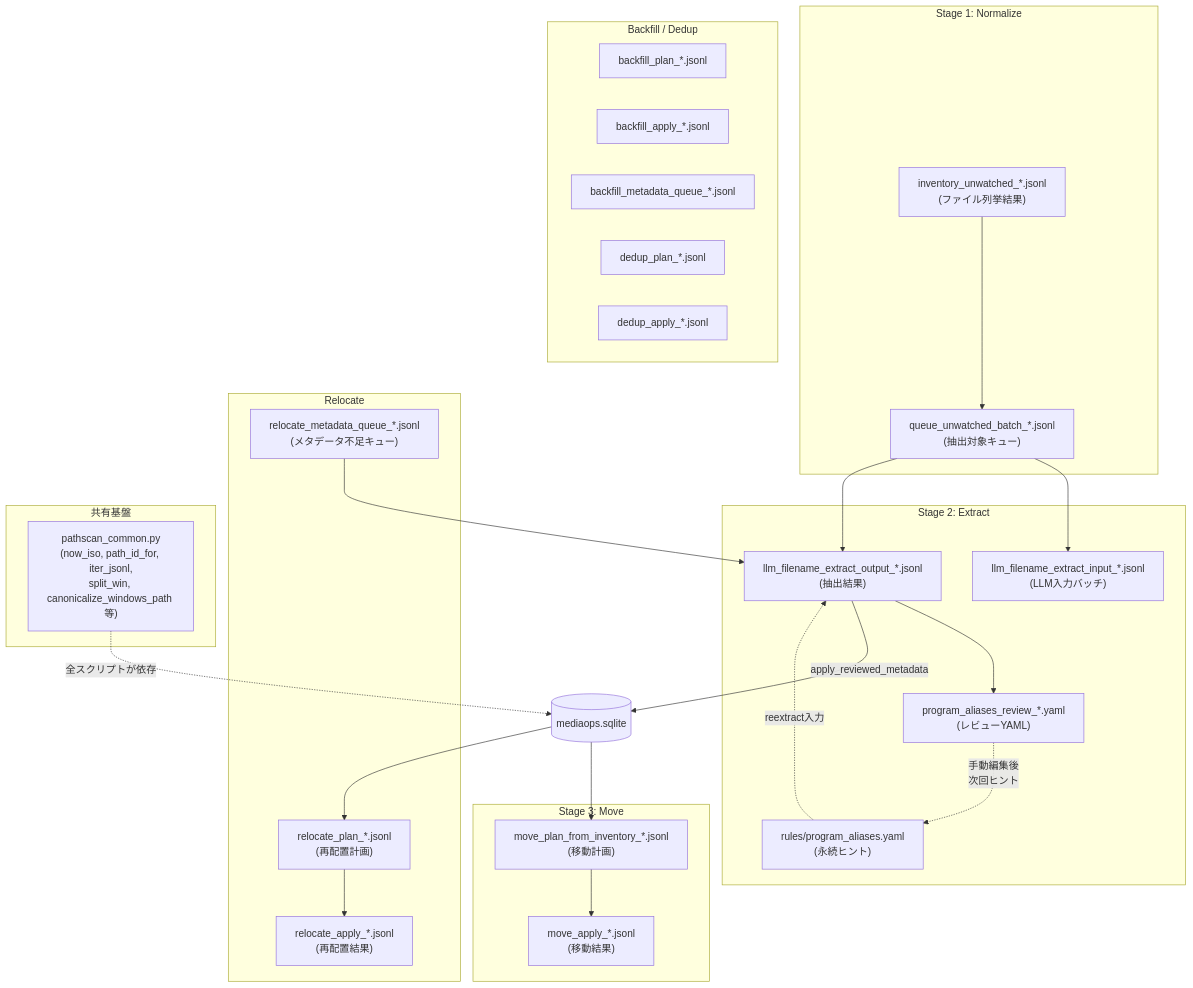
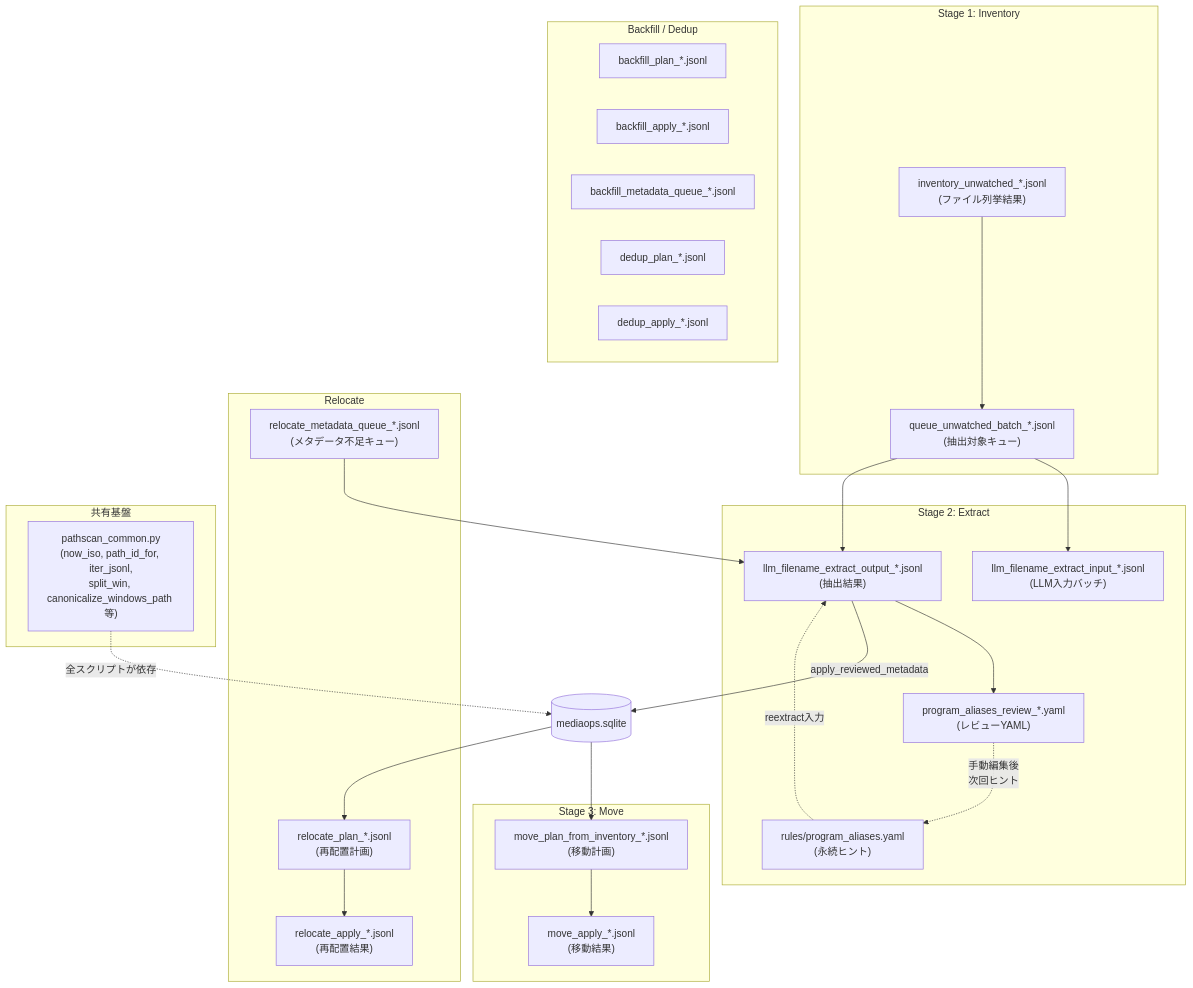
One commit to NEXTAltair/video-library-pipeline changed the sixth of 10 diagrams in README.md. Above: the diagram before and after it, drawn with Mermaid. The commit also changed other lines of this file and 4 other files, not shown here.

````diff
--- a/README.md
+++ b/README.md
@@ -457,51 +457,51 @@
 ```mermaid
 flowchart TD
-    subgraph "Stage 1: Normalize"
+    subgraph "Stage 1: Inventory"
         INV["inventory_unwatched_*.jsonl<br/>(ファイル列挙結果)"]
         QUEUE["queue_unwatched_batch_*.jsonl<br/>(抽出対象キュー)"]
     end
 
     subgraph "Stage 2: Extract"
         INPUT["llm_filename_extract_input_*.jsonl<br/>(LLM入力バッチ)"]
         OUTPUT["llm_filename_extract_output_*.jsonl<br/>(抽出結果)"]
         YAML["program_aliases_review_*.yaml<br/>(レビューYAML)"]
         HINTS["rules/program_aliases.yaml<br/>(永続ヒント)"]
     end
 
     subgraph "Stage 3: Move"
         PLAN["move_plan_from_inventory_*.jsonl<br/>(移動計画)"]
         APPLY_MOVE["move_apply_*.jsonl<br/>(移動結果)"]
     end
 
     subgraph "Relocate"
         RELOC_QUEUE["relocate_metadata_queue_*.jsonl<br/>(メタデータ不足キュー)"]
         RELOC_PLAN["relocate_plan_*.jsonl<br/>(再配置計画)"]
         RELOC_APPLY["relocate_apply_*.jsonl<br/>(再配置結果)"]
     end
 
     subgraph "Backfill / Dedup"
         BF_PLAN["backfill_plan_*.jsonl"]
         BF_APPLY["backfill_apply_*.jsonl"]
         BF_QUEUE["backfill_metadata_queue_*.jsonl"]
         DEDUP_PLAN["dedup_plan_*.jsonl"]
         DEDUP_APPLY["dedup_apply_*.jsonl"]
     end
 
     subgraph "共有基盤"
         COMMON["pathscan_common.py<br/>(now_iso, path_id_for, iter_jsonl,<br/>split_win, canonicalize_windows_path 等)"]
     end
 
     DB[("mediaops.sqlite")]
 
     COMMON -.->|全スクリプトが依存| DB
     INV --> QUEUE --> INPUT
     QUEUE --> OUTPUT
     OUTPUT --> YAML
     YAML -.->|手動編集後<br/>次回ヒント| HINTS
     HINTS -.->|reextract入力| OUTPUT
     OUTPUT -->|apply_reviewed_metadata| DB
     DB --> PLAN --> APPLY_MOVE
 
     RELOC_QUEUE --> OUTPUT
     DB --> RELOC_PLAN --> RELOC_APPLY
 ```
````
